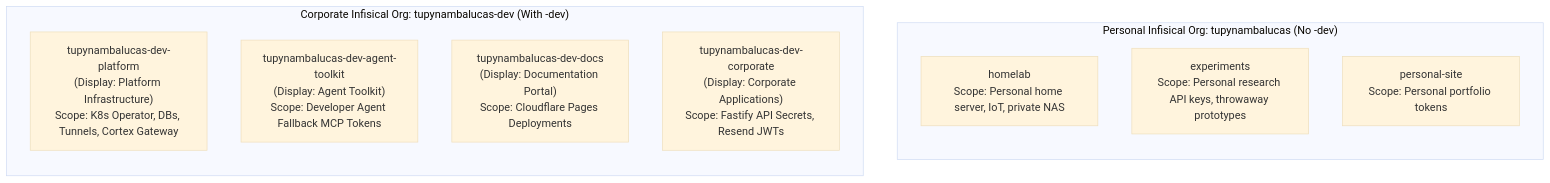
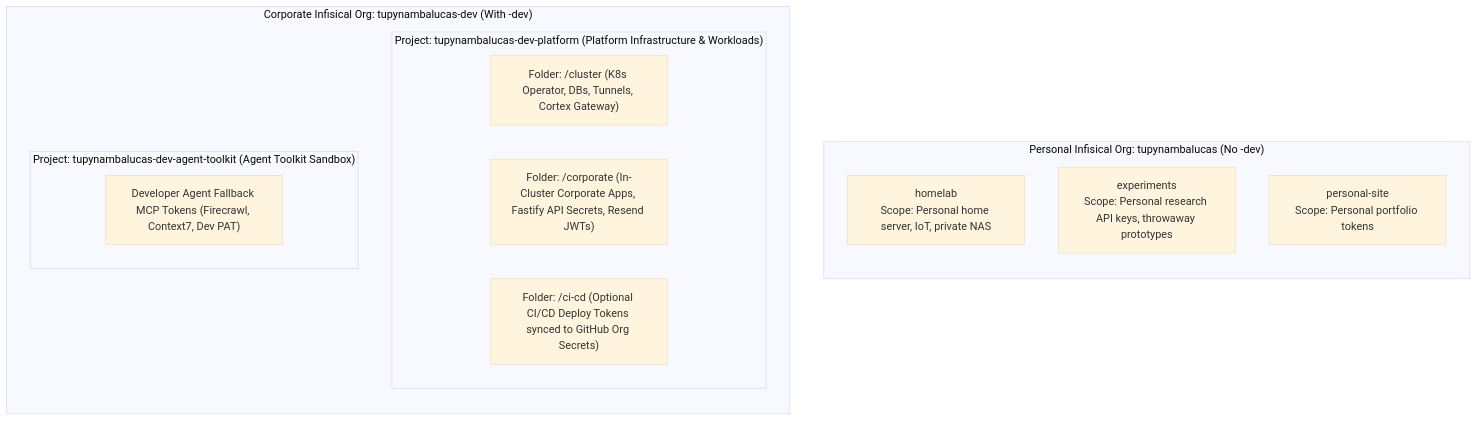
The third of 5 diagrams in .agents/plans/enterprise-identity-and-multi-platform-nomenclature-master-plan.md (tupynambalucas-dev/.github), drawn with Mermaid (base theme) before and after one commit. The commit also changed other lines of this file and 1 other file, not shown here.

Commit message:
refactor(plans): consolidate corporate workloads into platform and clarify github workflow secret boundaries

````diff
--- a/.agents/plans/enterprise-identity-and-multi-platform-nomenclature-master-plan.md
+++ b/.agents/plans/enterprise-identity-and-multi-platform-nomenclature-master-plan.md
@@ -167,17 +164,21 @@
 ```mermaid
 flowchart TD
   subgraph InfisicalPersonal ["Personal Infisical Org: tupynambalucas (No -dev)"]
     direction TB
     P_Home["homelab<br/>Scope: Personal home server, IoT, private NAS"]
     P_Exp["experiments<br/>Scope: Personal research API keys, throwaway prototypes"]
     P_Site["personal-site<br/>Scope: Personal portfolio tokens"]
   end
 
   subgraph InfisicalCorp ["Corporate Infisical Org: tupynambalucas-dev (With -dev)"]
     direction TB
-    C_Platform["tupynambalucas-dev-platform<br/>(Display: Platform Infrastructure)<br/>Scope: K8s Operator, DBs, Tunnels, Cortex Gateway"]
-    C_Toolkit["tupynambalucas-dev-agent-toolkit<br/>(Display: Agent Toolkit)<br/>Scope: Developer Agent Fallback MCP Tokens"]
-    C_Docs["tupynambalucas-dev-docs<br/>(Display: Documentation Portal)<br/>Scope: Cloudflare Pages Deployments"]
-    C_Corp["tupynambalucas-dev-corporate<br/>(Display: Corporate Applications)<br/>Scope: Fastify API Secrets, Resend JWTs"]
+    subgraph P_Platform ["Project: tupynambalucas-dev-platform (Platform Infrastructure & Workloads)"]
+      F_Cluster["Folder: /cluster (K8s Operator, DBs, Tunnels, Cortex Gateway)"]
+      F_Corp["Folder: /corporate (In-Cluster Corporate Apps, Fastify API Secrets, Resend JWTs)"]
+      F_CICD["Folder: /ci-cd (Optional CI/CD Deploy Tokens synced to GitHub Org Secrets)"]
+    end
+    subgraph P_Toolkit ["Project: tupynambalucas-dev-agent-toolkit (Agent Toolkit Sandbox)"]
+      F_Fallbacks["Developer Agent Fallback MCP Tokens (Firecrawl, Context7, Dev PAT)"]
+    end
   end
 ```
````
